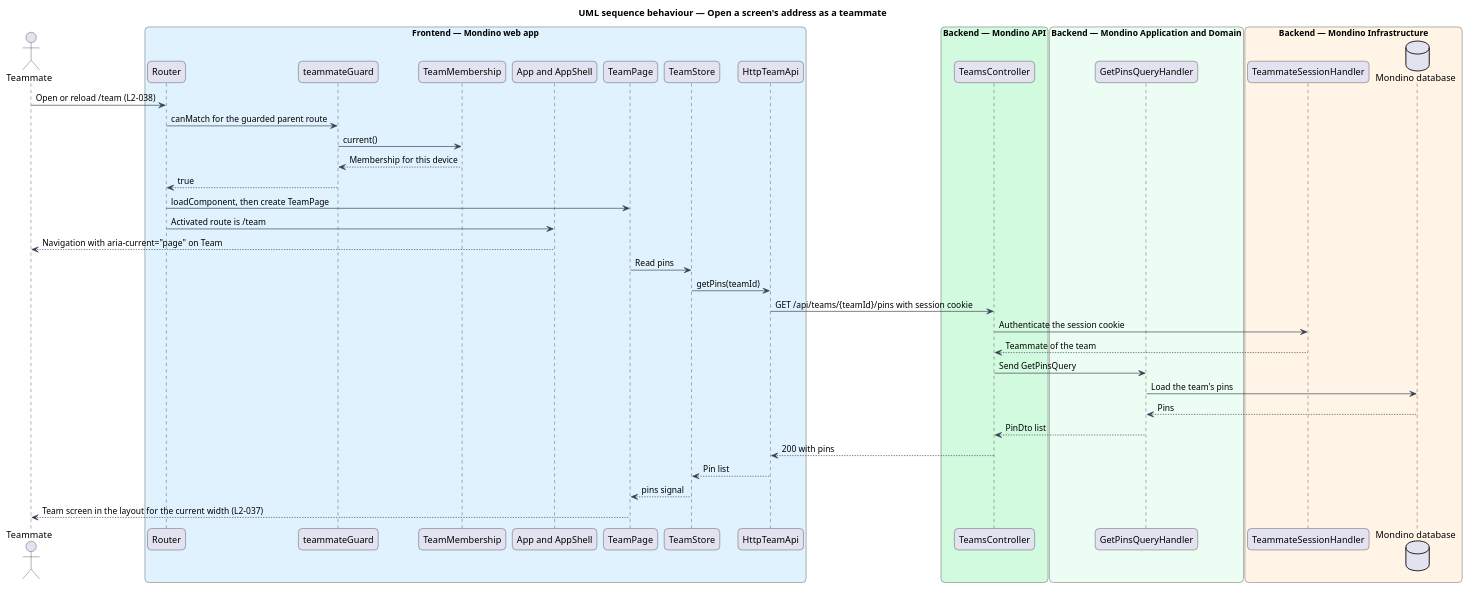
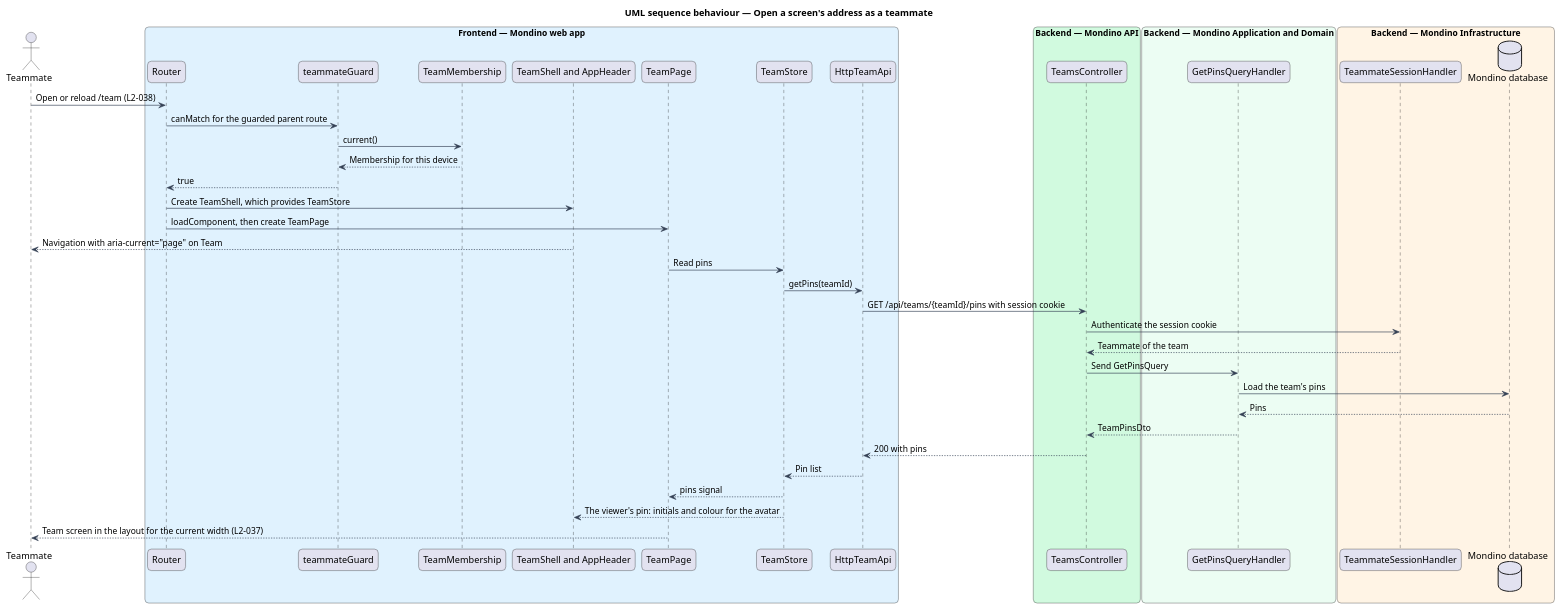
One commit to QuinntyneBrown/Mondino changed the diagram in docs/detailed-designs/platform/adapt-to-every-width/diagrams/sequence-open-address-as-teammate.puml. Above: the diagram before and after it, drawn with PlantUML. The commit also changed 100 other files, not shown here.

```diff
--- a/docs/detailed-designs/platform/adapt-to-every-width/diagrams/sequence-open-address-as-teammate.puml
+++ b/docs/detailed-designs/platform/adapt-to-every-width/diagrams/sequence-open-address-as-teammate.puml
@@ -1,58 +1,59 @@
 @startuml
 title UML sequence behaviour — Open a screen's address as a teammate
 skinparam backgroundColor #FFFFFF
 skinparam shadowing false
 skinparam roundcorner 12
 skinparam defaultFontName Arial
 skinparam ArrowColor #344054
 skinparam rectangle {
   BorderColor #344054
   FontColor #101828
 }
 skinparam package {
   BorderColor #667085
   FontColor #101828
   BackgroundColor #F9FAFB
 }
 actor "Teammate" as actor
 box "Frontend — Mondino web app" #E0F2FE
   participant "Router" as router
   participant "teammateGuard" as guard
   participant "TeamMembership" as membership
-  participant "App and AppShell" as shell
+  participant "TeamShell and AppHeader" as shell
   participant "TeamPage" as page
   participant "TeamStore" as store
   participant "HttpTeamApi" as client
 end box
 box "Backend — Mondino API" #D1FADF
   participant "TeamsController" as controller
 end box
 box "Backend — Mondino Application and Domain" #ECFDF3
   participant "GetPinsQueryHandler" as handler
 end box
 box "Backend — Mondino Infrastructure" #FFF4E5
   participant "TeammateSessionHandler" as session
   database "Mondino database" as db
 end box
 actor -> router : Open or reload /team (L2-038)
 router -> guard : canMatch for the guarded parent route
 guard -> membership : current()
 membership --> guard : Membership for this device
 guard --> router : true
+router -> shell : Create TeamShell, which provides TeamStore
 router -> page : loadComponent, then create TeamPage
-router -> shell : Activated route is /team
 shell --> actor : Navigation with aria-current="page" on Team
 page -> store : Read pins
 store -> client : getPins(teamId)
 client -> controller : GET /api/teams/{teamId}/pins with session cookie
 controller -> session : Authenticate the session cookie
 session --> controller : Teammate of the team
 controller -> handler : Send GetPinsQuery
 handler -> db : Load the team's pins
 db --> handler : Pins
-handler --> controller : PinDto list
+handler --> controller : TeamPinsDto
 controller --> client : 200 with pins
 client --> store : Pin list
 store --> page : pins signal
+store --> shell : The viewer's pin: initials and colour for the avatar
 page --> actor : Team screen in the layout for the current width (L2-037)
 @enduml
```
